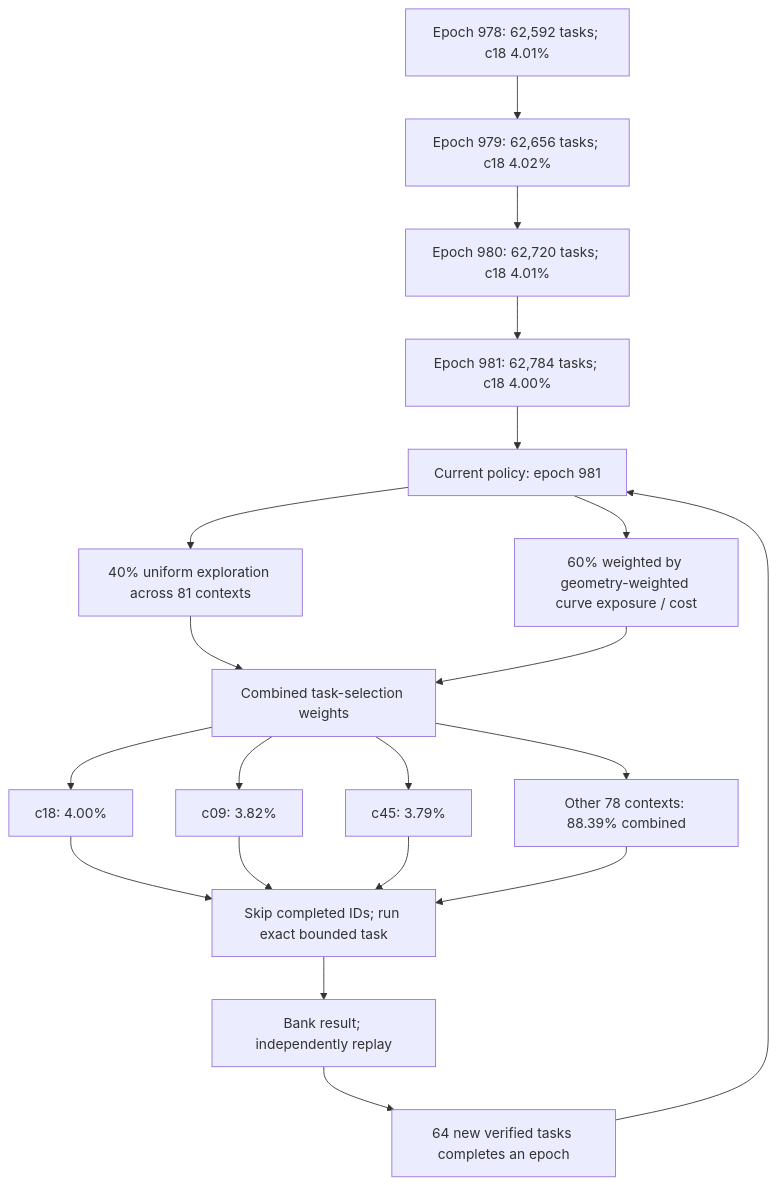
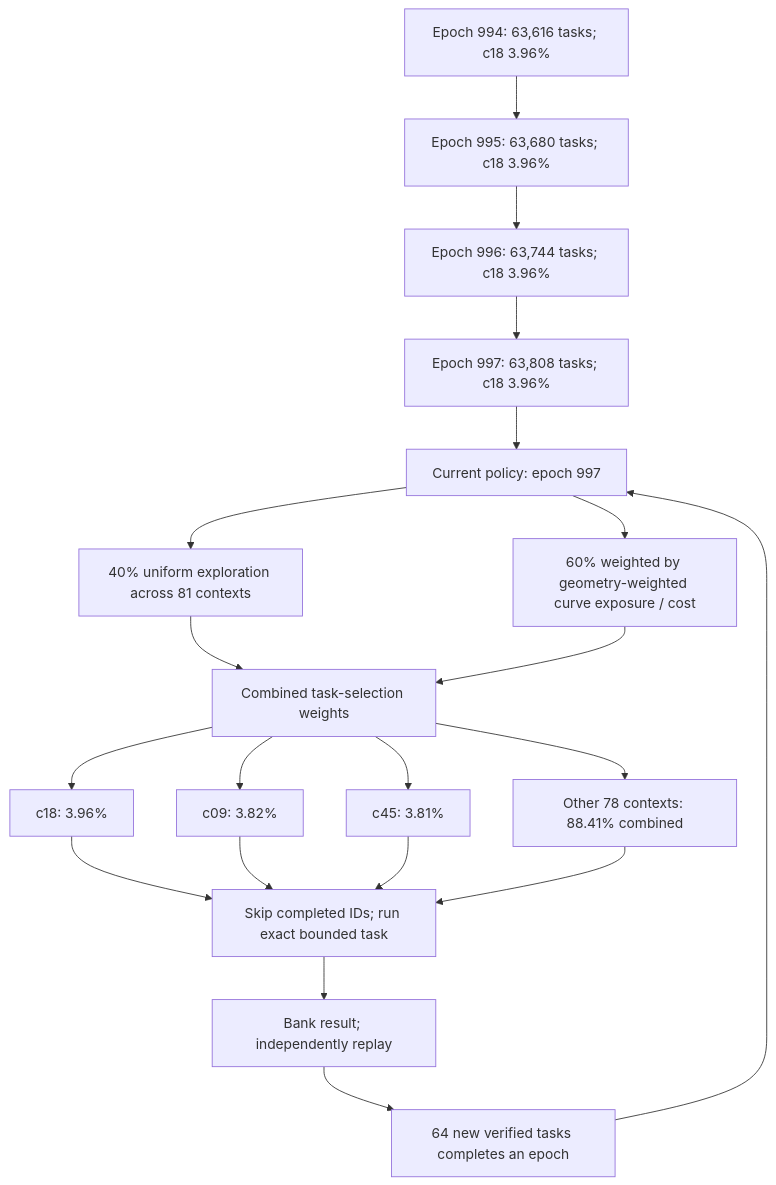
Before and after one commit to Kuberwastaken/math-gambling: the first of 3 diagrams in README.md, drawn with Mermaid. The commit also changed other lines of this file and 2125 other files, not shown here.

````diff
--- a/README.md
+++ b/README.md
@@ -55,27 +55,27 @@
 ```mermaid
 flowchart TD
-    H0["Epoch 978: 62,592 tasks; c18 4.01%"]
-    H1["Epoch 979: 62,656 tasks; c18 4.02%"]
+    H0["Epoch 994: 63,616 tasks; c18 3.96%"]
+    H1["Epoch 995: 63,680 tasks; c18 3.96%"]
     H0 --> H1
-    H2["Epoch 980: 62,720 tasks; c18 4.01%"]
+    H2["Epoch 996: 63,744 tasks; c18 3.96%"]
     H1 --> H2
-    H3["Epoch 981: 62,784 tasks; c18 4.00%"]
+    H3["Epoch 997: 63,808 tasks; c18 3.96%"]
     H2 --> H3
-    Policy["Current policy: epoch 981"]
+    Policy["Current policy: epoch 997"]
     H3 --> Policy
     Policy --> Explore["40% uniform exploration across 81 contexts"]
     Policy --> Cost["60% weighted by geometry-weighted curve exposure / cost"]
     Explore --> Mix["Combined task-selection weights"]
     Cost --> Mix
-    Mix --> C0["c18: 4.00%"]
+    Mix --> C0["c18: 3.96%"]
     Mix --> C1["c09: 3.82%"]
-    Mix --> C2["c45: 3.79%"]
-    Mix --> Rest["Other 78 contexts: 88.39% combined"]
+    Mix --> C2["c45: 3.81%"]
+    Mix --> Rest["Other 78 contexts: 88.41% combined"]
     C0 --> Check["Skip completed IDs; run exact bounded task"]
     C1 --> Check
     C2 --> Check
     Rest --> Check
     Check --> Replay["Bank result; independently replay"]
     Replay --> Gate["64 new verified tasks completes an epoch"]
     Gate --> Policy
 ```
````
